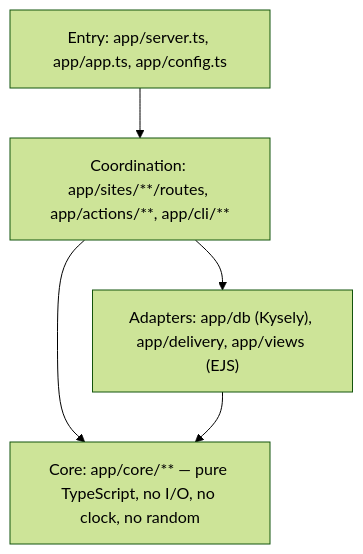
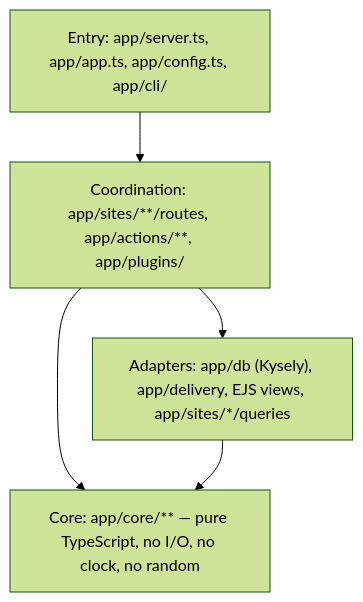
One commit to jonathan-beebe/art-store changed the second of 4 diagrams in prototype/node/docs/architecture.md. Above: the diagram before and after it, drawn with Mermaid (forest theme). The commit also changed other lines of this file and 12 other files, not shown here.

First line of the commit message:
docs(node): FEAT-009 correct architecture.md against the code and add the feature, data-model and ontology docs

````diff
--- a/prototype/node/docs/architecture.md
+++ b/prototype/node/docs/architecture.md
@@ -53,8 +67,8 @@
 ```mermaid
 flowchart TD
-    entry["Entry: app/server.ts, app/app.ts, app/config.ts"] --> coord
-    coord["Coordination: app/sites/**/routes, app/actions/**, app/cli/**"] --> core
+    entry["Entry: app/server.ts, app/app.ts, app/config.ts, app/cli/"] --> coord
+    coord["Coordination: app/sites/**/routes, app/actions/**, app/plugins/"] --> core
     coord --> adapters
-    adapters["Adapters: app/db (Kysely), app/delivery, app/views (EJS)"] --> core
+    adapters["Adapters: app/db (Kysely), app/delivery, EJS views, app/sites/*/queries"] --> core
     core["Core: app/core/** — pure TypeScript, no I/O, no clock, no random"]
 ```
````
